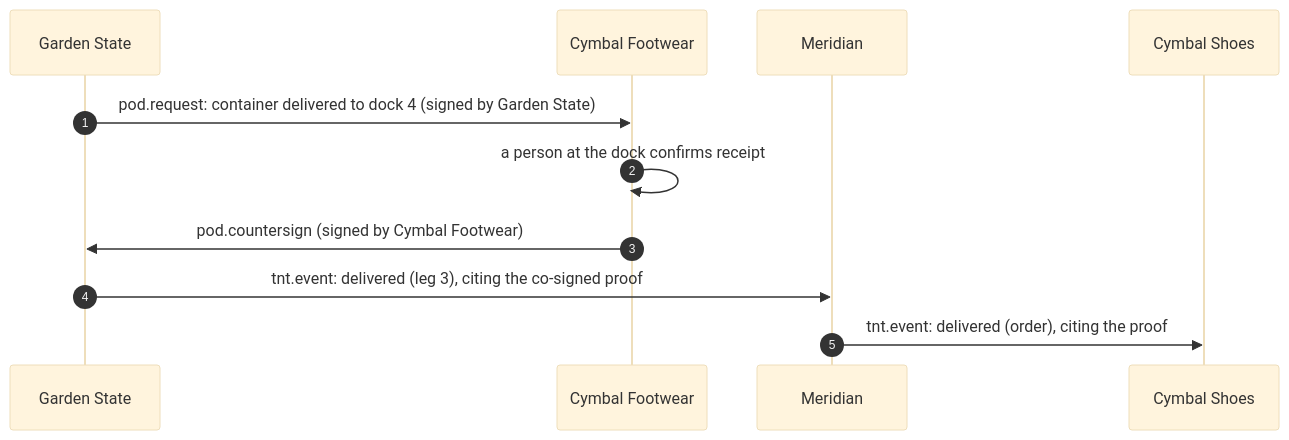
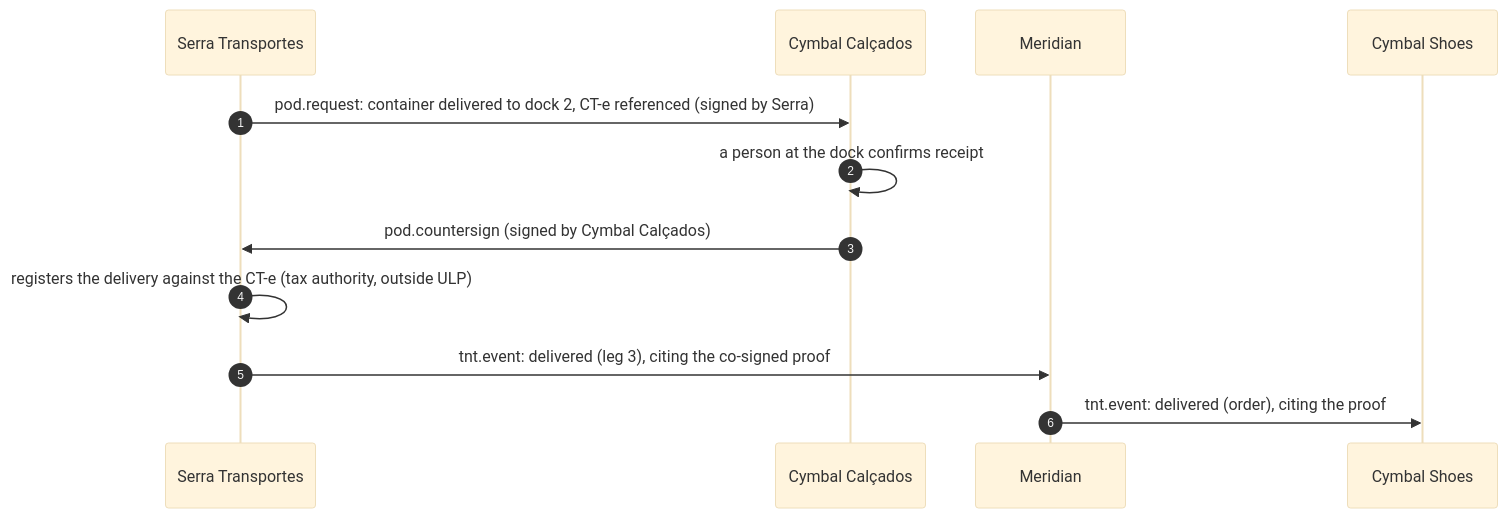
Before and after one commit to go-steer/supercargo: the sixth of 7 diagrams in docs/proposals/door-to-door-forwarder.md, drawn with Mermaid (base theme). The commit also changed other lines of this file and 2 other files, not shown here.

````diff
--- a/docs/proposals/door-to-door-forwarder.md
+++ b/docs/proposals/door-to-door-forwarder.md
@@ -389,14 +500,15 @@
 ```mermaid
 sequenceDiagram
     autonumber
-    participant GS as Garden State
-    participant CF as Cymbal Footwear
+    participant GS as Serra Transportes
+    participant CF as Cymbal Calçados
     participant MF as Meridian
     participant CS as Cymbal Shoes
 
-    GS->>CF: pod.request: container delivered to dock 4 (signed by Garden State)
+    GS->>CF: pod.request: container delivered to dock 2, CT-e referenced (signed by Serra)
     CF->>CF: a person at the dock confirms receipt
-    CF->>GS: pod.countersign (signed by Cymbal Footwear)
+    CF->>GS: pod.countersign (signed by Cymbal Calçados)
+    GS->>GS: registers the delivery against the CT-e (tax authority, outside ULP)
     GS->>MF: tnt.event: delivered (leg 3), citing the co-signed proof
     MF->>CS: tnt.event: delivered (order), citing the proof
 ```
````
